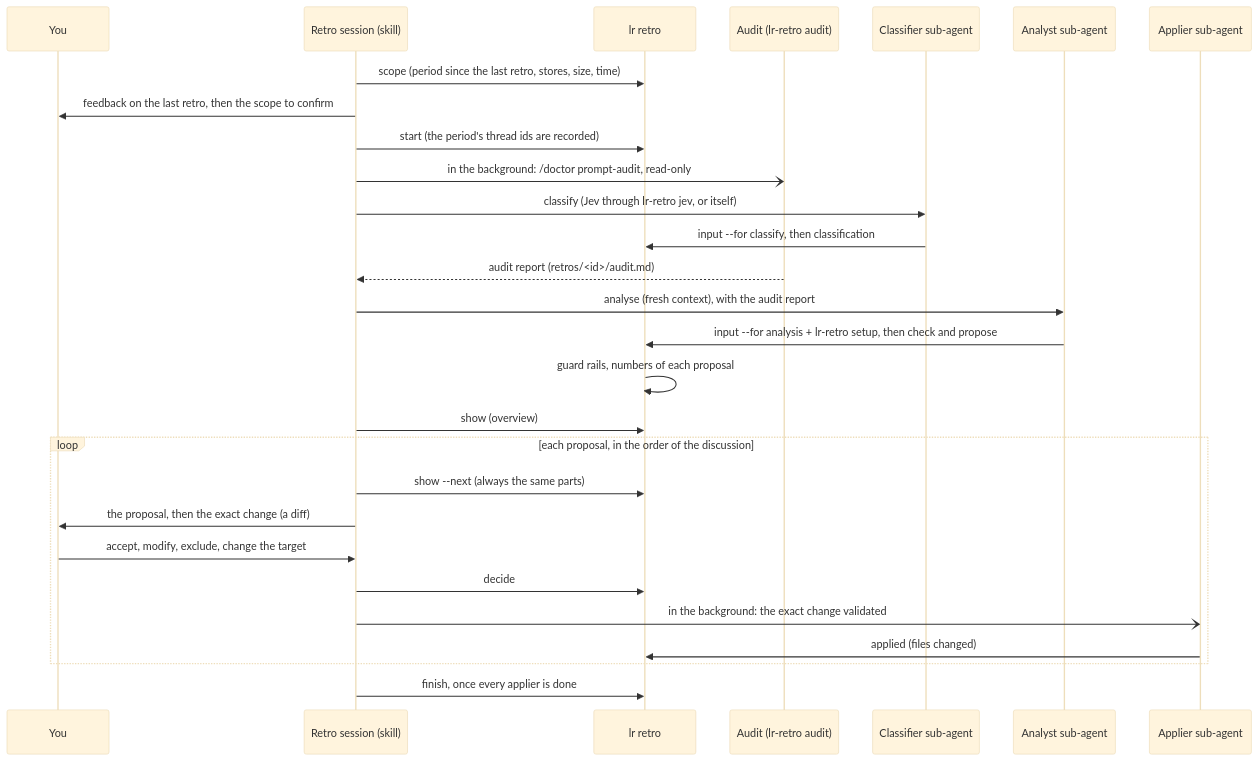
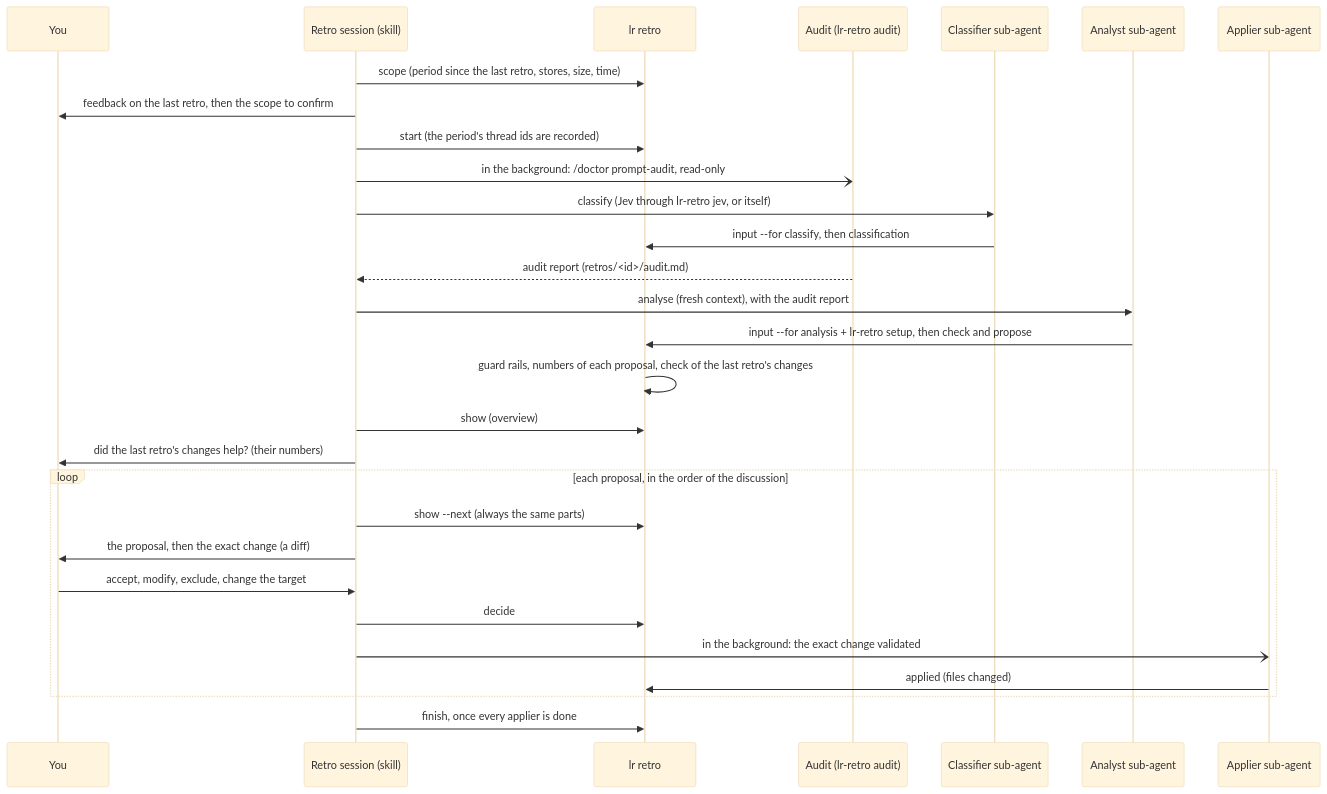
One commit to silykat/silykat changed the second of 3 diagrams in docs/architecture.md. Above: the diagram before and after it, drawn with Mermaid (base theme). The commit also changed other lines of this file and 34 other files, not shown here.

First line of the commit message:
feat: check the last retro's changes and remind when a retro is due (#45)

````diff
--- a/docs/architecture.md
+++ b/docs/architecture.md
@@ -89,30 +90,31 @@
 ```mermaid
 sequenceDiagram
   participant U as You
   participant S as Retro session (skill)
   participant L as lr retro
   participant D as Audit (lr-retro audit)
   participant C as Classifier sub-agent
   participant A as Analyst sub-agent
   participant P as Applier sub-agent
   S->>L: scope (period since the last retro, stores, size, time)
   S->>U: feedback on the last retro, then the scope to confirm
   S->>L: start (the period's thread ids are recorded)
   S-)D: in the background: /doctor prompt-audit, read-only
   S->>C: classify (Jev through lr-retro jev, or itself)
   C->>L: input --for classify, then classification
   D-->>S: audit report (retros/<id>/audit.md)
   S->>A: analyse (fresh context), with the audit report
   A->>L: input --for analysis + lr-retro setup, then check and propose
-  L->>L: guard rails, numbers of each proposal
+  L->>L: guard rails, numbers of each proposal, check of the last retro's changes
   S->>L: show (overview)
+  S->>U: did the last retro's changes help? (their numbers)
   loop each proposal, in the order of the discussion
     S->>L: show --next (always the same parts)
     S->>U: the proposal, then the exact change (a diff)
     U->>S: accept, modify, exclude, change the target
     S->>L: decide
     S-)P: in the background: the exact change validated
     P->>L: applied (files changed)
   end
   S->>L: finish, once every applier is done
 ```
````
